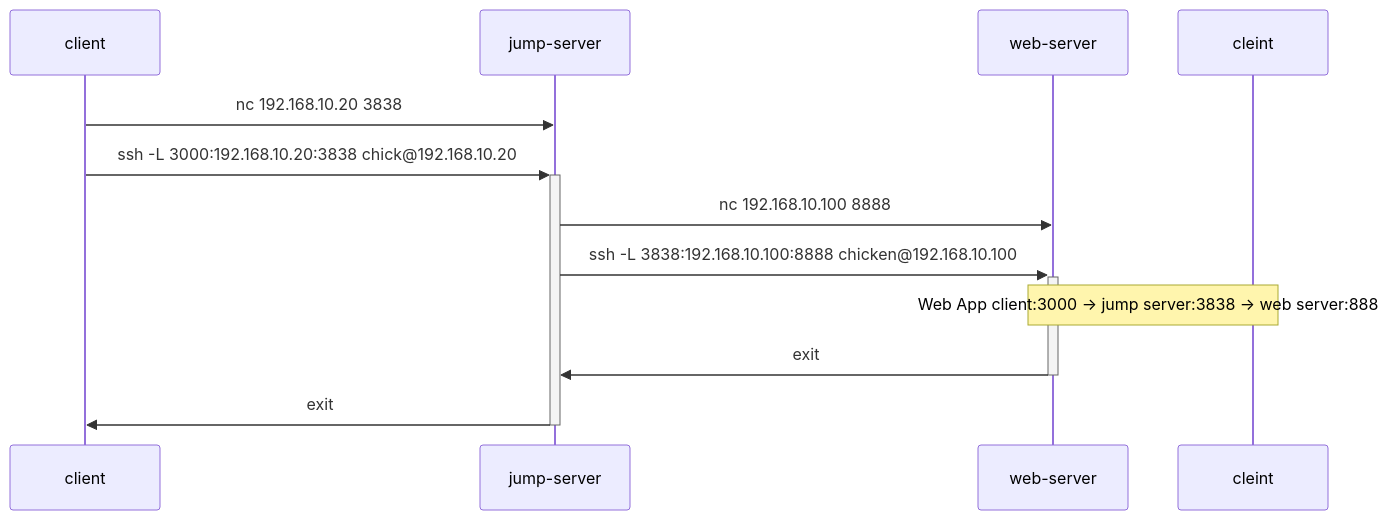
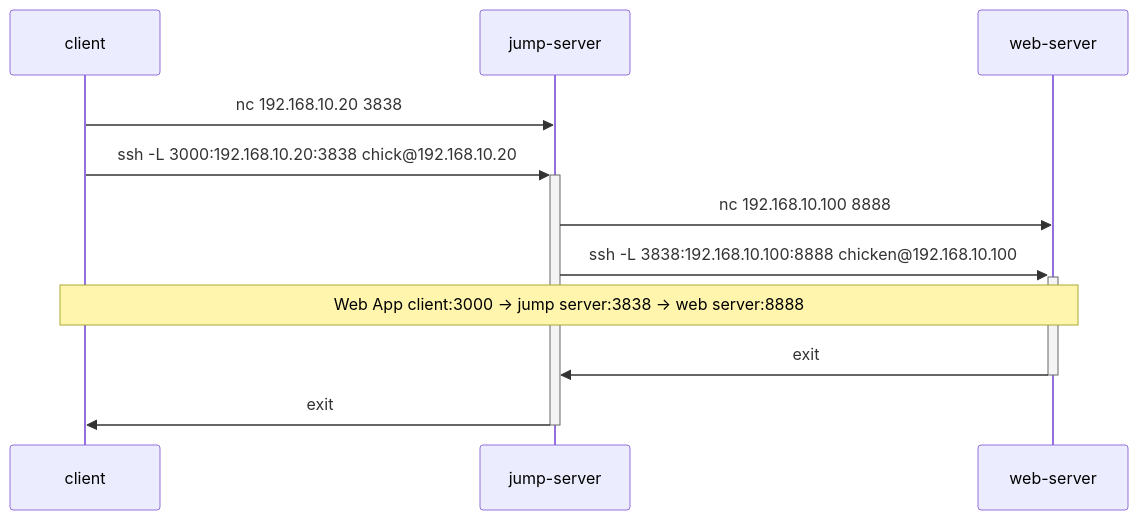
The first of 2 diagrams in local-port-forward.md (qwasium/ssh-memo), drawn with Mermaid before and after one commit.

````diff
--- a/local-port-forward.md
+++ b/local-port-forward.md
@@ -37,10 +37,10 @@
 ```mermaid
 sequenceDiagram
   client ->> jump-server: nc 192.168.10.20 3838
   client ->> +jump-server: ssh -L 3000:192.168.10.20:3838 chick@192.168.10.20
   jump-server ->> web-server: nc 192.168.10.100 8888
   jump-server ->> +web-server: ssh -L 3838:192.168.10.100:8888 chicken@192.168.10.100
-  Note over cleint,web-server: Web App client:3000 -> jump server:3838 -> web server:8888
+  Note over client,web-server: Web App client:3000 -> jump server:3838 -> web server:8888
   web-server ->> -jump-server: exit
   jump-server ->> -client: exit
 ```
````
